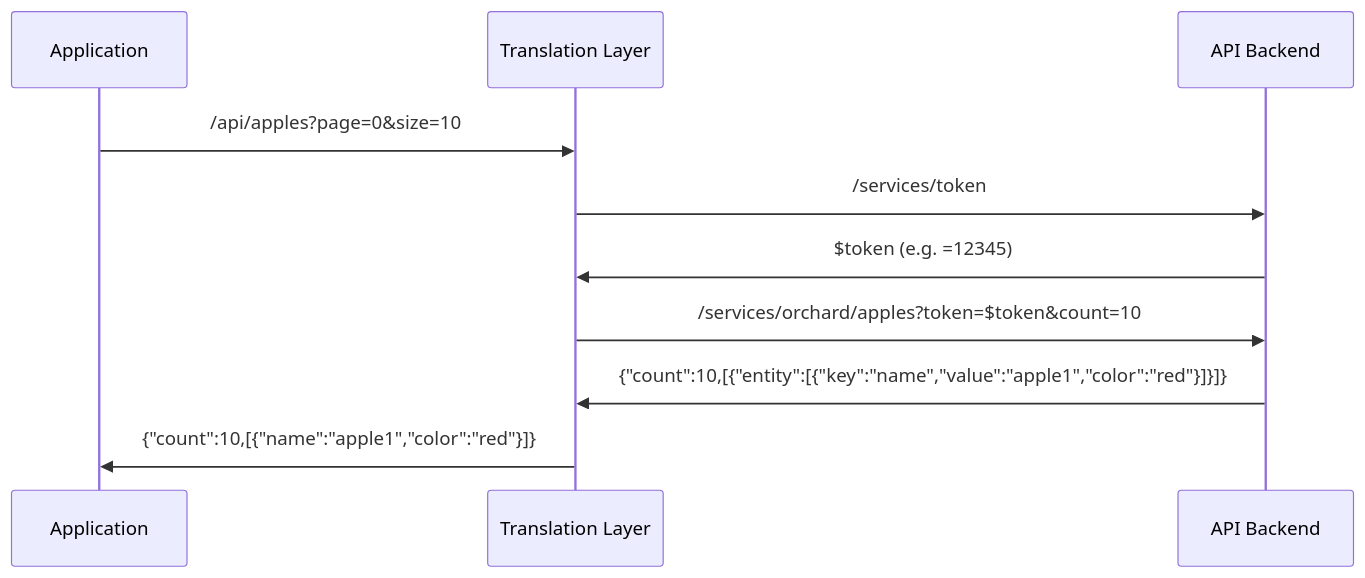
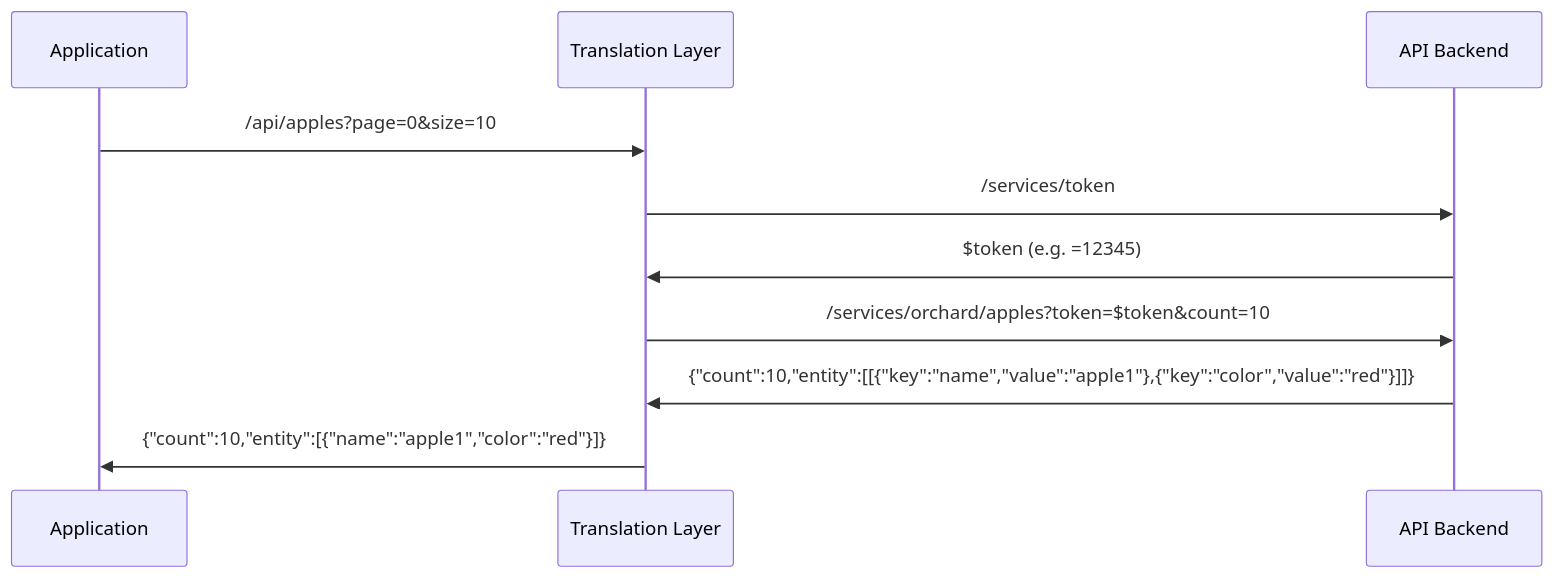
One commit to alexp1917/api-migration-example changed the first of 2 diagrams in README.md. Above: the diagram before and after it, drawn with Mermaid. The commit also changed other lines of this file and 5 other files, not shown here.

Commit message:
fix diagram, entity/key-value pojo code

````diff
--- a/README.md
+++ b/README.md
@@ -10,12 +10,12 @@
 ```mermaid
 sequenceDiagram
     participant Application
     participant Translation Layer
     participant API Backend
     Application ->> Translation Layer: /api/apples?page=0&size=10
     Translation Layer ->> API Backend: /services/token
     API Backend ->> Translation Layer: $token (e.g. =12345)
     Translation Layer ->> API Backend: /services/orchard/apples?token=$token&count=10
-    API Backend ->> Translation Layer: {"count":10,[{"entity":[{"key":"name","value":"apple1","color":"red"}]}]}
-    Translation Layer ->> Application: {"count":10,[{"name":"apple1","color":"red"}]}
+    API Backend ->> Translation Layer: {"count":10,"entity":[[{"key":"name","value":"apple1"},{"key":"color","value":"red"}]]}
+    Translation Layer ->> Application: {"count":10,"entity":[{"name":"apple1","color":"red"}]}
 ```
````
